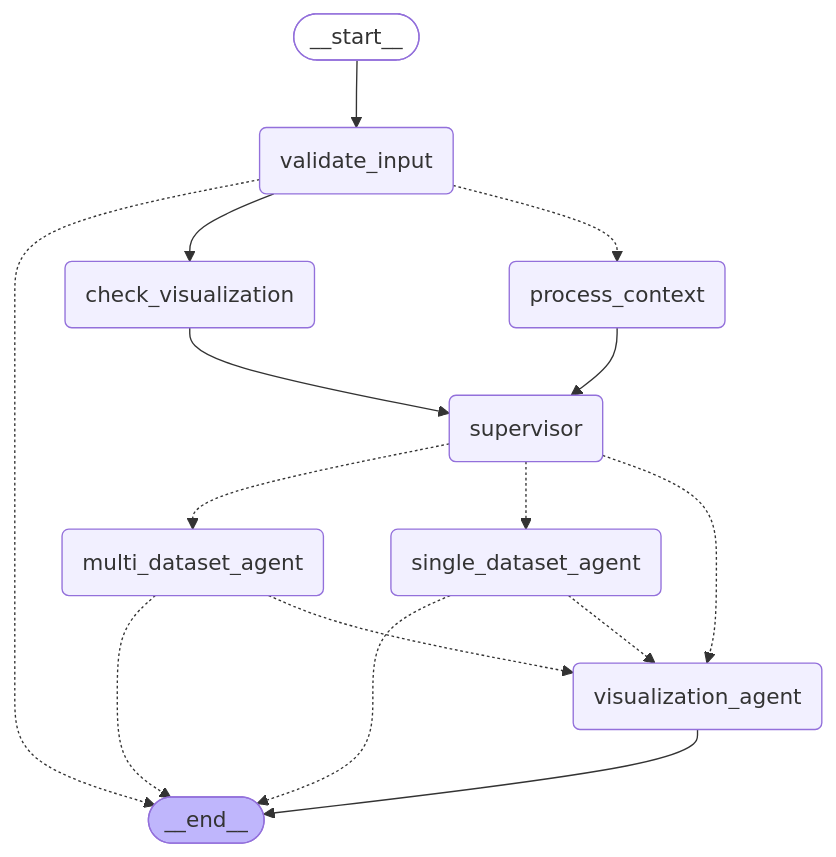
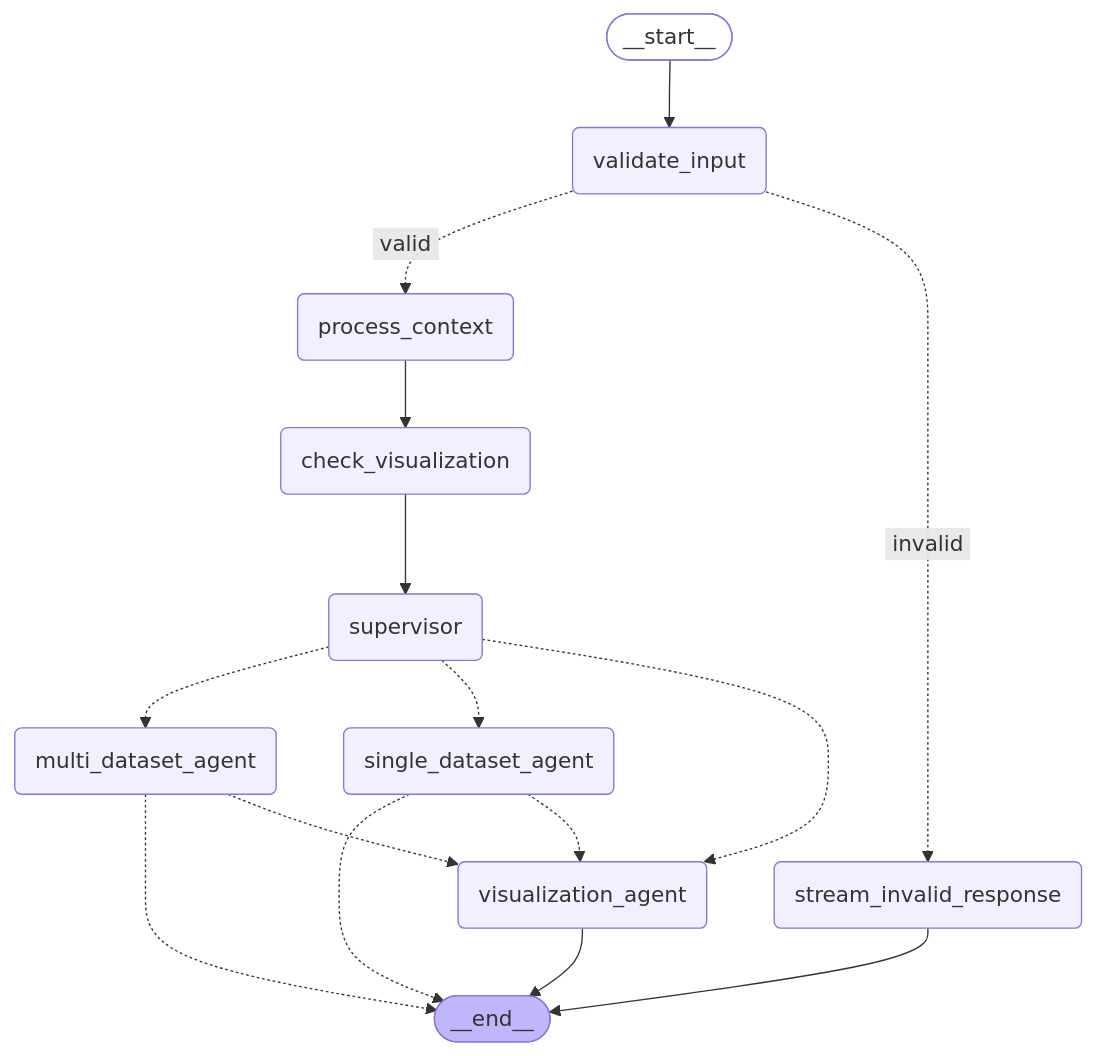
One commit to factly/gopie changed the diagram in chat-server/app/workflow/graph/graph_mermaid/agent_graph.mmd. Above: the diagram before and after it, drawn with Mermaid. The commit also changed 3 other files, not shown here.

Commit message:
stream invalid response

```diff
--- a/chat-server/app/workflow/graph/graph_mermaid/agent_graph.mmd
+++ b/chat-server/app/workflow/graph/graph_mermaid/agent_graph.mmd
@@ -1,32 +1,33 @@
 ---
 config:
   flowchart:
     curve: basis
 ---
 graph TD;
 	__start__([<p>__start__</p>]):::first
 	validate_input(validate_input)
+	stream_invalid_response(stream_invalid_response)
 	process_context(process_context)
 	supervisor(supervisor)
 	multi_dataset_agent(multi_dataset_agent)
 	single_dataset_agent(single_dataset_agent)
 	visualization_agent(visualization_agent)
 	check_visualization(check_visualization)
 	__end__([<p>__end__</p>]):::last
 	__start__ --> validate_input;
 	check_visualization --> supervisor;
 	multi_dataset_agent -.-> __end__;
 	multi_dataset_agent -.-> visualization_agent;
-	process_context --> supervisor;
+	process_context --> check_visualization;
 	single_dataset_agent -.-> __end__;
 	single_dataset_agent -.-> visualization_agent;
 	supervisor -.-> multi_dataset_agent;
 	supervisor -.-> single_dataset_agent;
 	supervisor -.-> visualization_agent;
-	validate_input -.-> __end__;
-	validate_input --> check_visualization;
-	validate_input -.-> process_context;
+	validate_input -. &nbsp;valid&nbsp; .-> process_context;
+	validate_input -. &nbsp;invalid&nbsp; .-> stream_invalid_response;
+	stream_invalid_response --> __end__;
 	visualization_agent --> __end__;
 	classDef default fill:#f2f0ff,line-height:1.2
 	classDef first fill-opacity:0
 	classDef last fill:#bfb6fc
```
